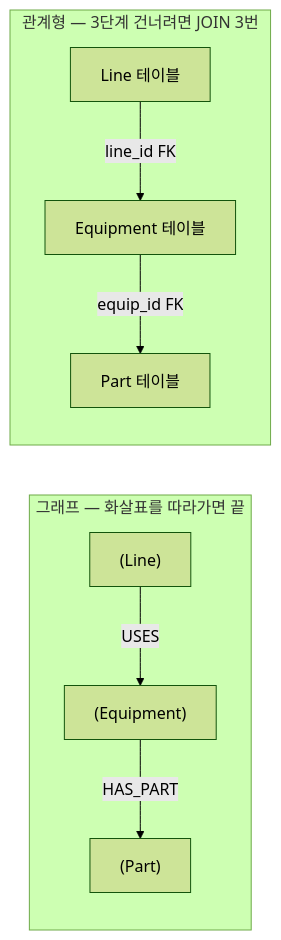
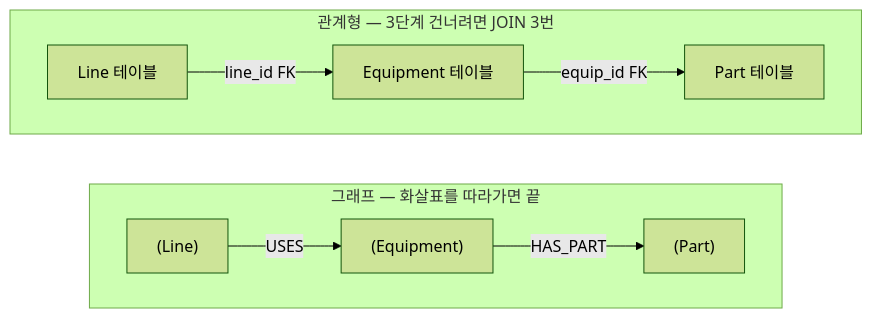
One commit to dpcivl/dev-blog changed the diagram in src/data/mermaid/restored/85c243c15b67472c.mmd. Above: the diagram before and after it, drawn with Mermaid (forest theme). The commit also changed 89 other files, not shown here.

First line of the commit message:
영어판 다이어그램 31개 — EN 글이 더는 한국어 그림을 쓰지 않는다

```diff
--- a/src/data/mermaid/restored/85c243c15b67472c.mmd
+++ b/src/data/mermaid/restored/85c243c15b67472c.mmd
@@ -1,10 +1,12 @@
 %% alt: 같은 관계를 관계형 DB 의 외래 키 연결과 그래프 DB 의 엣지로 각각 표현한 비교 그림
 flowchart LR
   subgraph G["그래프 — 화살표를 따라가면 끝"]
+    direction LR
     GL["(Line)"] -->|"USES"| GE["(Equipment)"]
     GE -->|"HAS_PART"| GP["(Part)"]
   end
   subgraph R["관계형 — 3단계 건너려면 JOIN 3번"]
+    direction LR
     RL["Line 테이블"] -->|"line_id FK"| RE["Equipment 테이블"]
     RE -->|"equip_id FK"| RP["Part 테이블"]
   end
```
